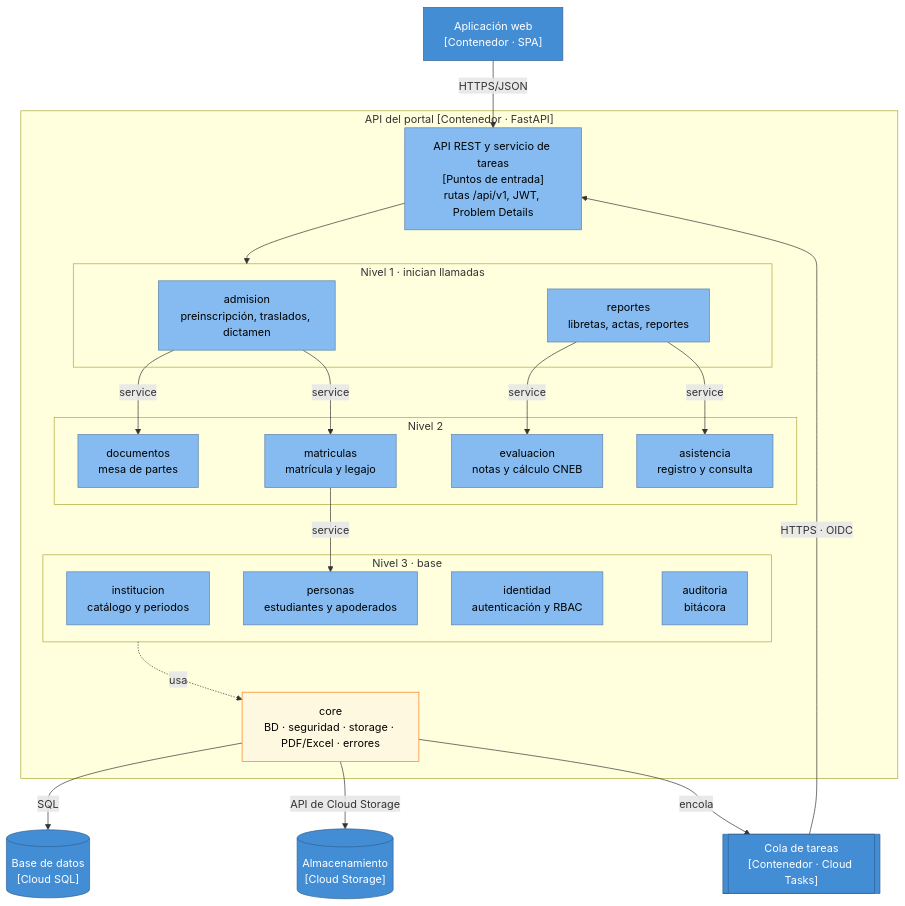
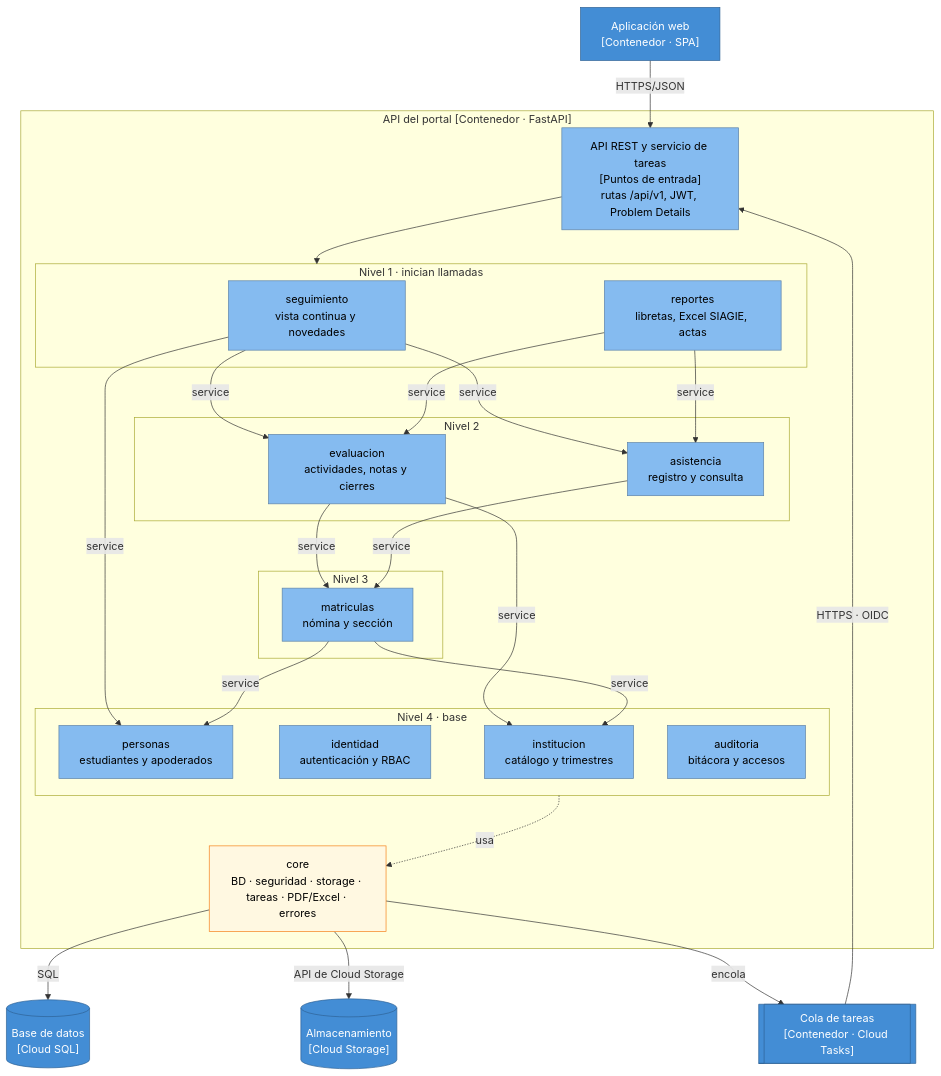
The diagram in docs/04-modelo-c4/03-nivel3-componentes.md (HafidJoss/PORTAL_DE_SERVICIOS_ESTUDIANTILES), drawn with Mermaid before and after one commit. The commit also changed other lines of this file and 3 other files, not shown here.

````diff
--- a/docs/04-modelo-c4/03-nivel3-componentes.md
+++ b/docs/04-modelo-c4/03-nivel3-componentes.md
@@ -24,54 +24,59 @@
 ```mermaid
 flowchart TB
     SPA["Aplicación web<br/>[Contenedor · SPA]"]
     CT[["Cola de tareas<br/>[Contenedor · Cloud Tasks]"]]
 
     subgraph API["API del portal [Contenedor · FastAPI]"]
         ENT["API REST y servicio de tareas<br/>[Puntos de entrada]<br/>rutas /api/v1, JWT, Problem Details"]
         subgraph N1["Nivel 1 · inician llamadas"]
-            M_AD["admision<br/>preinscripción, traslados, dictamen"]
-            M_RE["reportes<br/>libretas, actas, reportes"]
+            M_SE["seguimiento<br/>vista continua y novedades"]
+            M_RE["reportes<br/>libretas, Excel SIAGIE, actas"]
         end
         subgraph N2["Nivel 2"]
-            M_DO["documentos<br/>mesa de partes"]
-            M_MA["matriculas<br/>matrícula y legajo"]
-            M_EV["evaluacion<br/>notas y cálculo CNEB"]
+            M_EV["evaluacion<br/>actividades, notas y cierres"]
             M_AS["asistencia<br/>registro y consulta"]
         end
-        subgraph N3["Nivel 3 · base"]
-            M_IN["institucion<br/>catálogo y periodos"]
+        subgraph N3["Nivel 3"]
+            M_MA["matriculas<br/>nómina y sección"]
+        end
+        subgraph N4["Nivel 4 · base"]
+            M_IN["institucion<br/>catálogo y trimestres"]
             M_PE["personas<br/>estudiantes y apoderados"]
             M_ID["identidad<br/>autenticación y RBAC"]
-            M_AU["auditoria<br/>bitácora"]
+            M_AU["auditoria<br/>bitácora y accesos"]
         end
-        CORE["core<br/>BD · seguridad · storage · PDF/Excel · errores"]
+        CORE["core<br/>BD · seguridad · storage · tareas · PDF/Excel · errores"]
     end
 
     DB[("Base de datos<br/>[Cloud SQL]")]
     GCS[("Almacenamiento<br/>[Cloud Storage]")]
 
     SPA -->|HTTPS/JSON| ENT
     CT -->|HTTPS · OIDC| ENT
     ENT --> N1
-    M_AD -->|service| M_DO
-    M_AD -->|service| M_MA
-    M_MA -->|service| M_PE
+    M_SE -->|service| M_EV
+    M_SE -->|service| M_AS
+    M_SE -->|service| M_PE
     M_RE -->|service| M_EV
     M_RE -->|service| M_AS
-    M_DO ~~~ M_IN
+    M_EV -->|service| M_MA
+    M_EV -->|service| M_IN
+    M_AS -->|service| M_MA
+    M_MA -->|service| M_PE
+    M_MA -->|service| M_IN
     M_EV ~~~ M_ID
     M_AS ~~~ M_AU
     M_PE ~~~ CORE
     M_ID ~~~ CORE
-    N3 -.->|usa| CORE
+    N4 -.->|usa| CORE
     CORE -->|SQL| DB
     CORE -->|API de Cloud Storage| GCS
     CORE -->|encola| CT
 
     classDef cExt fill:#438dd5,stroke:#2e6295,color:#ffffff
     classDef cComp fill:#85bbf0,stroke:#5d82a8,color:#000000
     classDef cCore fill:#fff8e1,stroke:#f57f17,color:#000000
     class SPA,CT,DB,GCS cExt
-    class ENT,M_AD,M_RE,M_DO,M_MA,M_EV,M_AS,M_IN,M_PE,M_ID,M_AU cComp
+    class ENT,M_SE,M_RE,M_EV,M_AS,M_MA,M_IN,M_PE,M_ID,M_AU cComp
     class CORE cCore
 ```
````
